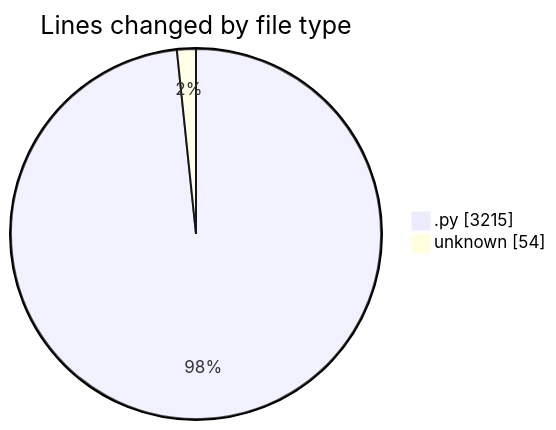
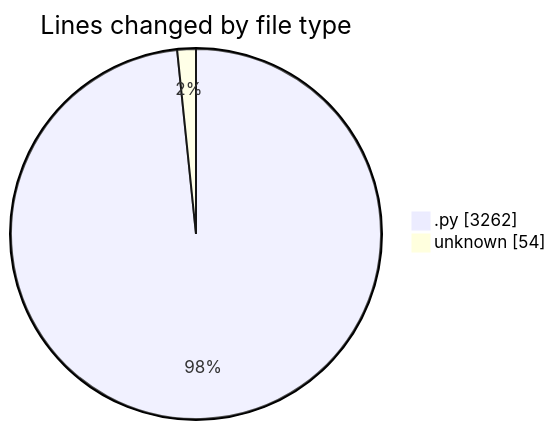
Before and after one commit to julien-gomy/code-tracking: the first of 2 diagrams in 2025-11-21/eventscop-api-guide__workspace_/README.md, drawn with Mermaid. The commit also changed other lines of this file and 1 other file, not shown here.

````diff
--- a/2025-11-21/eventscop-api-guide__workspace_/README.md
+++ b/2025-11-21/eventscop-api-guide__workspace_/README.md
@@ -34,6 +35,6 @@
 ```mermaid
 pie showData
 title Lines changed by file type
-".py" : 3215
+".py" : 3262
 "unknown" : 54
 ```
````
